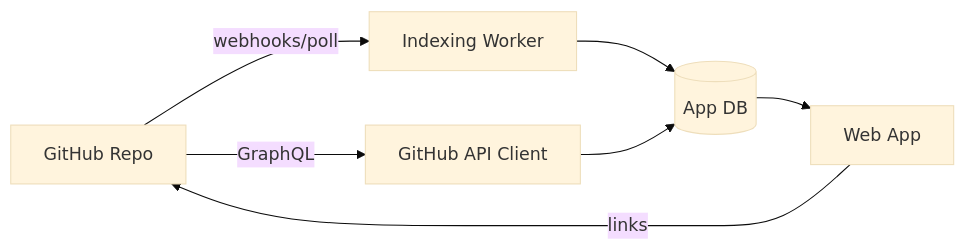
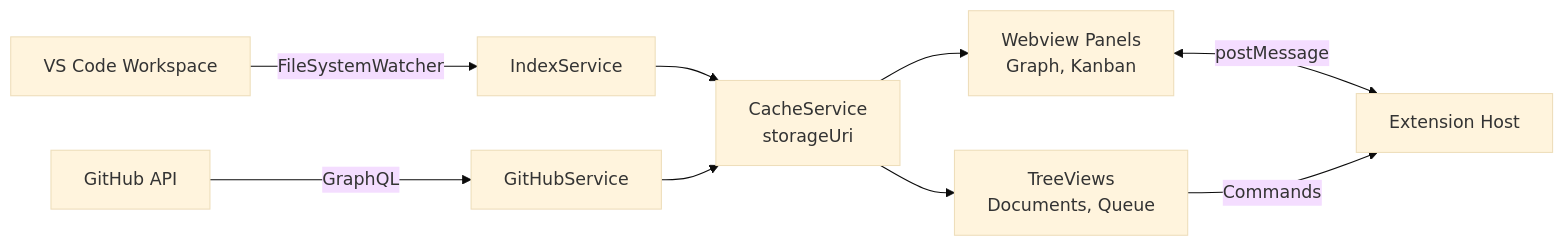
Before and after one commit to kronenz/agent-org-platform: the diagram in 02-architecture/architecture.md, drawn with Mermaid (base theme). The commit also changed other lines of this file and 108 other files, not shown here.

First line of the commit message:
feat: VS Code extension with Knowledge Graph visualization

````diff
--- a/02-architecture/architecture.md
+++ b/02-architecture/architecture.md
@@ -13,9 +27,14 @@
 ```mermaid
 flowchart LR
-  GH[GitHub Repo] -->|webhooks/poll| IDX[Indexing Worker]
-  IDX --> DB[(App DB)]
-  GH -->|GraphQL| API[GitHub API Client]
-  API --> DB
-  DB --> WEB[Web App]
-  WEB -->|links| GH
+  WS[VS Code Workspace] -->|FileSystemWatcher| IDX[IndexService]
+  IDX --> CACHE[CacheService<br/>storageUri]
+  
+  GH[GitHub API] -->|GraphQL| GHSVC[GitHubService]
+  GHSVC --> CACHE
+  
+  CACHE --> WV[Webview Panels<br/>Graph, Kanban]
+  CACHE --> TV[TreeViews<br/>Documents, Queue]
+  
+  WV <-->|postMessage| EXT[Extension Host]
+  TV -->|Commands| EXT
 ```
````
